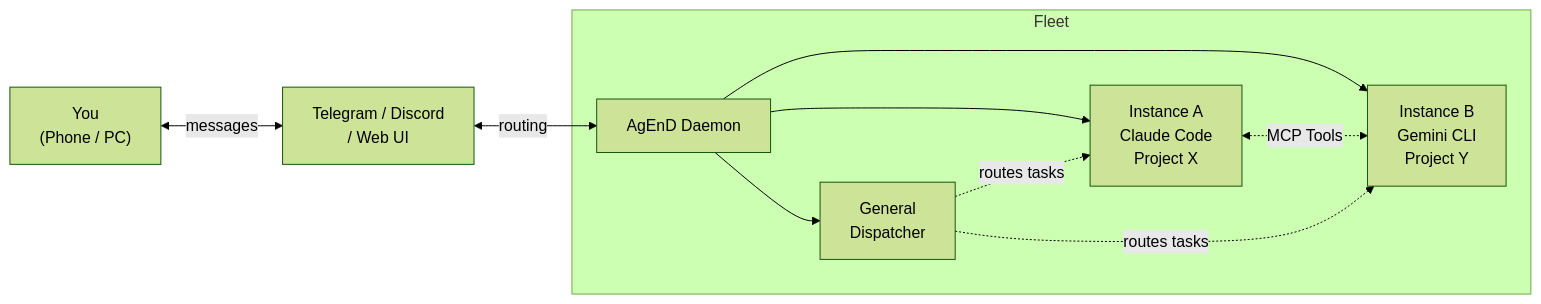
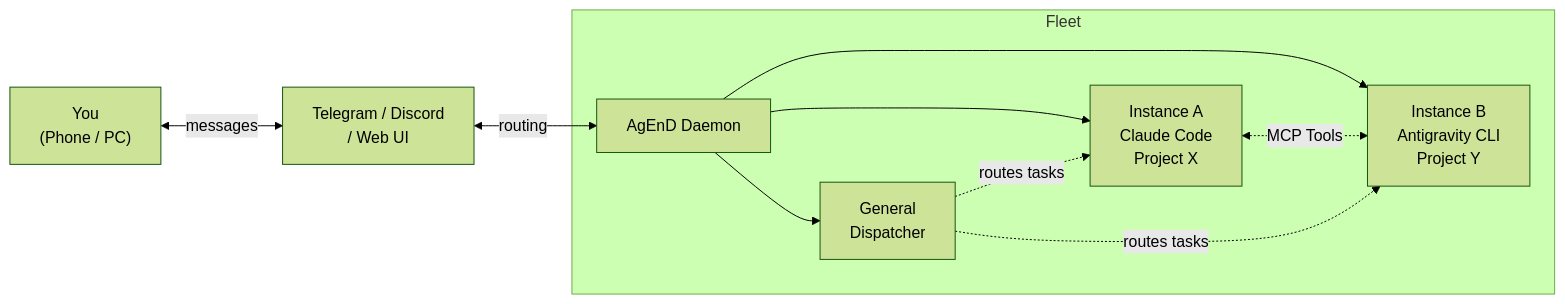
One commit to songsid/AgEnD changed the diagram in README.md. Above: the diagram before and after it, drawn with Mermaid (forest theme). The commit also changed other lines of this file and 2 other files, not shown here.

Commit message:
docs: v2.0.8 update — Gemini→Antigravity, Discord built-in, /cancel button, delivery status

````diff
--- a/README.md
+++ b/README.md
@@ -88,14 +92,14 @@
 ```mermaid
 graph LR
   You["You<br/>(Phone / PC)"] <-->|messages| Channel["Telegram / Discord<br/>/ Web UI"]
   Channel <-->|routing| Daemon["AgEnD Daemon"]
 
   subgraph Fleet
     Daemon --> General["General<br/>Dispatcher"]
     Daemon --> A["Instance A<br/>Claude Code<br/>Project X"]
-    Daemon --> B["Instance B<br/>Gemini CLI<br/>Project Y"]
+    Daemon --> B["Instance B<br/>Antigravity CLI<br/>Project Y"]
     A <-.->|MCP Tools| B
     General -.->|routes tasks| A
     General -.->|routes tasks| B
   end
 ```
````
